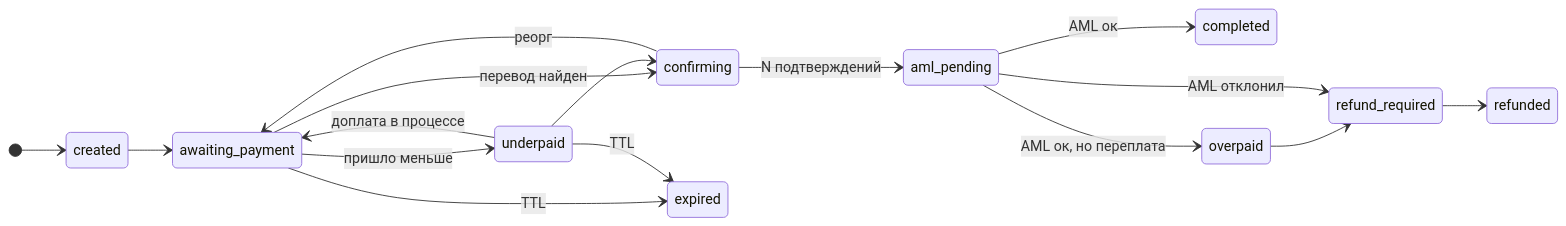
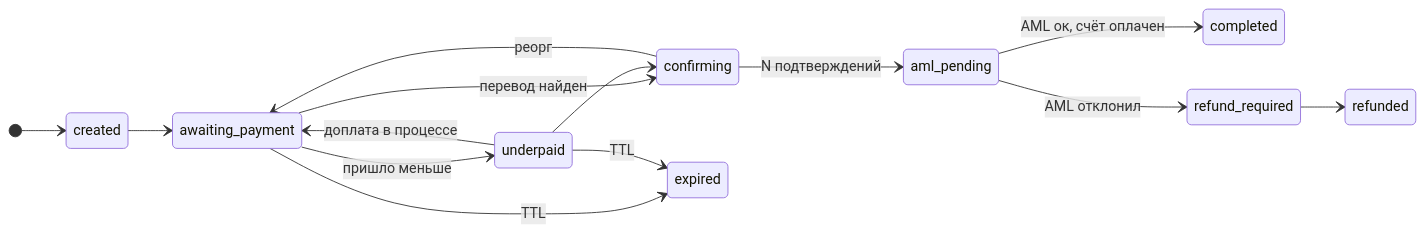
Before and after one commit to BuldakovMikhail/crypto-payments-test-task: the third of 4 diagrams in docs/architecture-part-1.md, drawn with Mermaid. The commit also changed other lines of this file, not shown here.

Commit message:
fix overpaid

````diff
--- a/docs/architecture-part-1.md
+++ b/docs/architecture-part-1.md
@@ -119,19 +119,17 @@
 ```mermaid
 stateDiagram-v2
     direction LR
     [*] --> created
     created --> awaiting_payment
     awaiting_payment --> underpaid: пришло меньше
     underpaid --> awaiting_payment: доплата в процессе
     awaiting_payment --> confirming: перевод найден
     underpaid --> confirming
     confirming --> aml_pending: N подтверждений
     confirming --> awaiting_payment: реорг
-    aml_pending --> completed: AML ок
-    aml_pending --> overpaid: AML ок, но переплата
-    overpaid --> refund_required
+    aml_pending --> completed: AML ок, счёт оплачен
     aml_pending --> refund_required: AML отклонил
     refund_required --> refunded
     awaiting_payment --> expired: TTL
     underpaid --> expired: TTL
 ```
````
